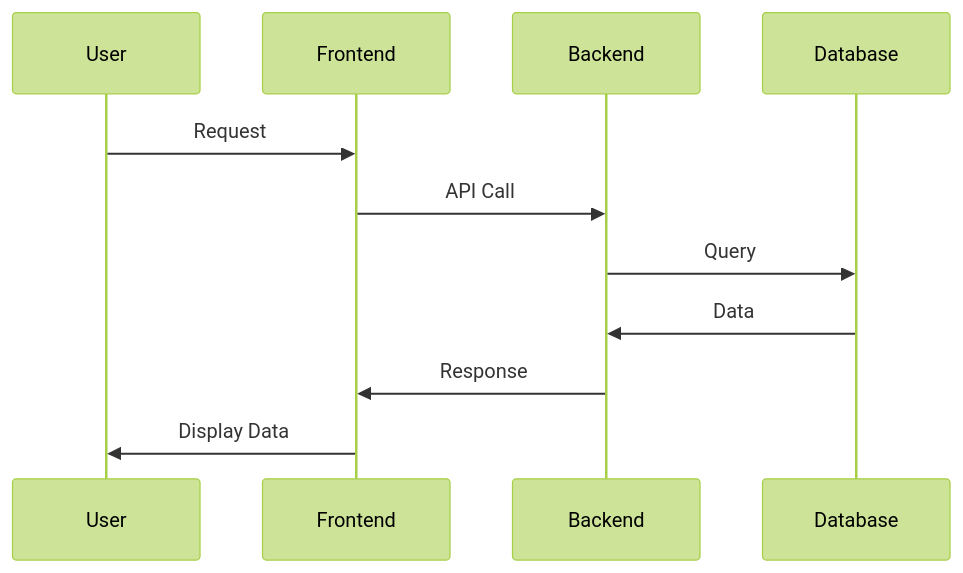
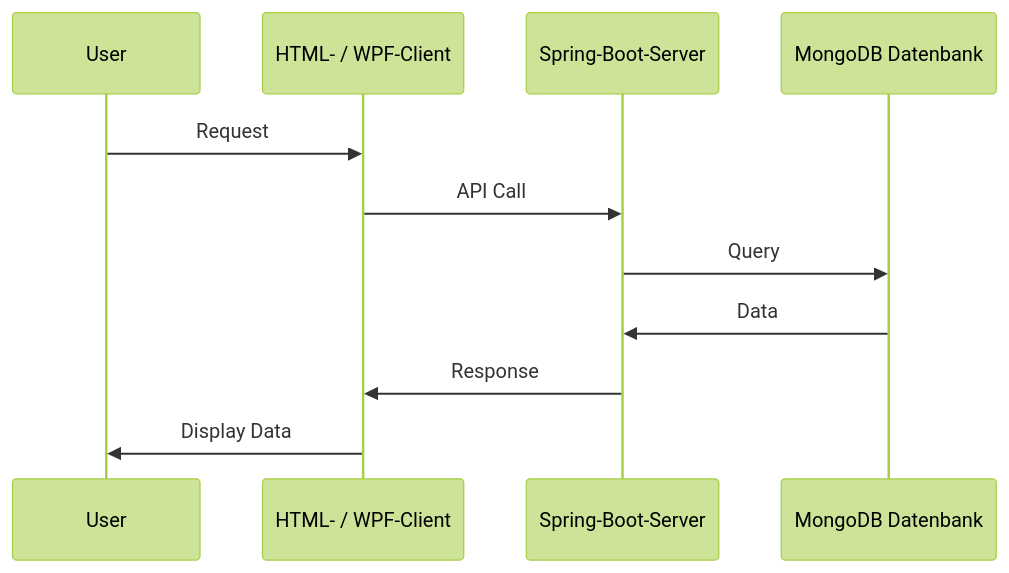
Before and after one commit to Paul06w/POS_Projekt_2024: the fourth of 4 diagrams in README.md, drawn with Mermaid (forest theme). The commit also changed other lines of this file, not shown here.

````diff
--- a/README.md
+++ b/README.md
@@ -489,14 +420,14 @@
 ```mermaid
 sequenceDiagram
     participant User
-    participant Frontend
-    participant Backend
-    participant Database
+    participant HTML- / WPF-Client
+    participant Spring-Boot-Server
+    participant MongoDB Datenbank
 
-    User->>Frontend: Request
-    Frontend->>Backend: API Call
-    Backend->>Database: Query
-    Database->>Backend: Data
-    Backend->>Frontend: Response
-    Frontend->>User: Display Data
+    User->>HTML- / WPF-Client: Request
+    HTML- / WPF-Client->>Spring-Boot-Server: API Call
+    Spring-Boot-Server->>MongoDB Datenbank: Query
+    MongoDB Datenbank->>Spring-Boot-Server: Data
+    Spring-Boot-Server->>HTML- / WPF-Client: Response
+    HTML- / WPF-Client->>User: Display Data
 ```
````
